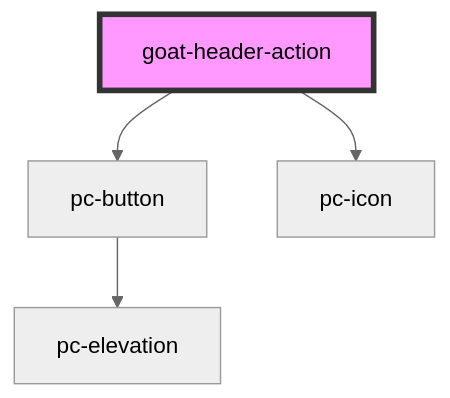
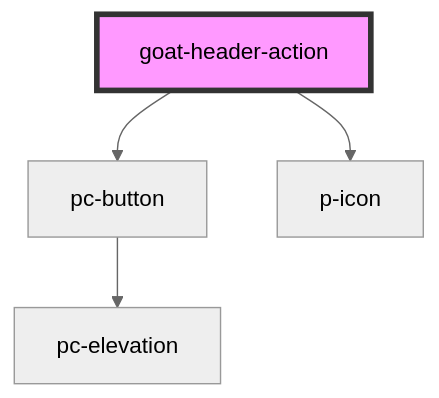
Before and after one commit to redvars/peacock: the diagram in src/components/application/header/header-action/readme.md, drawn with Mermaid (neutral theme). The commit also changed other lines of this file and 94 other files, not shown here.

````diff
--- a/src/components/application/header/header-action/readme.md
+++ b/src/components/application/header/header-action/readme.md
@@ -47,7 +47,7 @@
 ```mermaid
 graph TD;
   goat-header-action --> pc-button
-  goat-header-action --> pc-icon
+  goat-header-action --> p-icon
   pc-button --> pc-elevation
   style goat-header-action fill:#f9f,stroke:#333,stroke-width:4px
 ```
````
